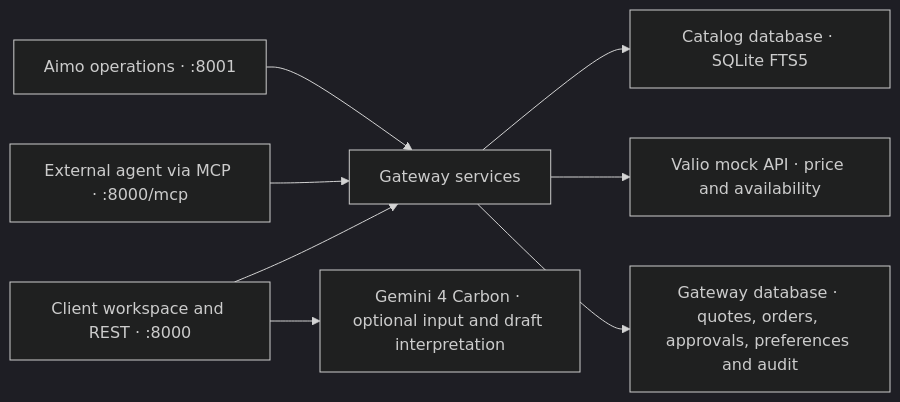
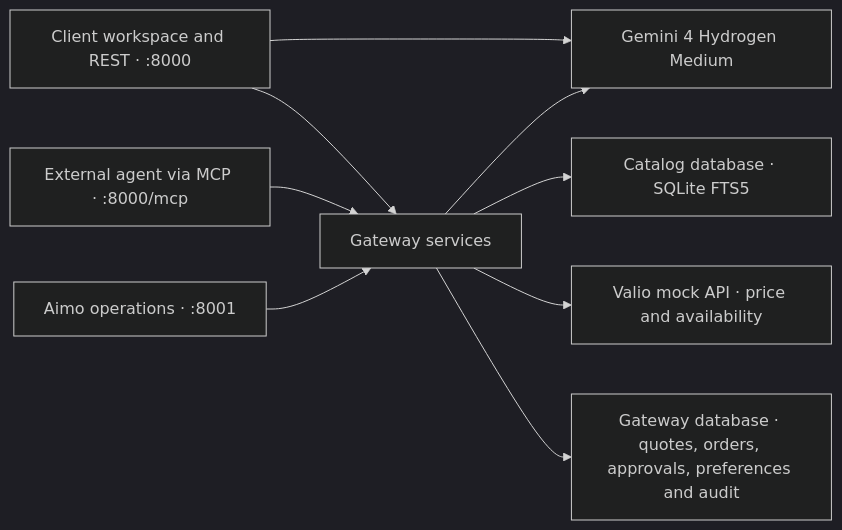
Before and after one commit to shaxhub/jnctn26: the diagram in docs/architecture.md, drawn with Mermaid (dark theme). The commit also changed other lines of this file and 19 other files, not shown here.

First line of the commit message:
feat: automate Aimo fulfillment review with Gemini Hydrogen

````diff
--- a/docs/architecture.md
+++ b/docs/architecture.md
@@ -5,10 +5,11 @@
 ```mermaid
 flowchart LR
     Client["Client workspace and REST · :8000"] --> Core["Gateway services"]
     Agent["External agent via MCP · :8000/mcp"] --> Core
     Aimo["Aimo operations · :8001"] --> Core
-    Client --> Gemini["Gemini 4 Carbon · optional input and draft interpretation"]
+    Client --> Gemini["Gemini 4 Hydrogen Medium"]
+    Core --> Gemini
     Core --> Search["Catalog database · SQLite FTS5"]
     Core --> Valio["Valio mock API · price and availability"]
     Core --> State["Gateway database · quotes, orders, approvals, preferences and audit"]
 ```
````
